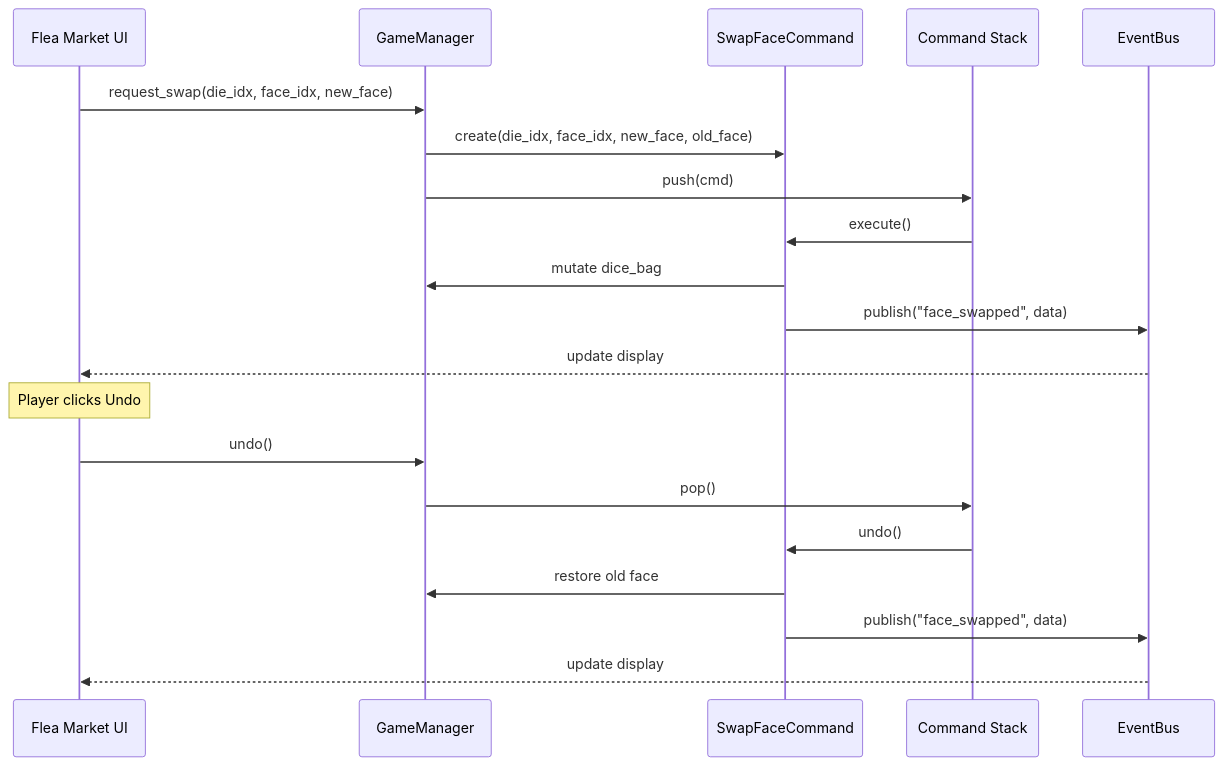
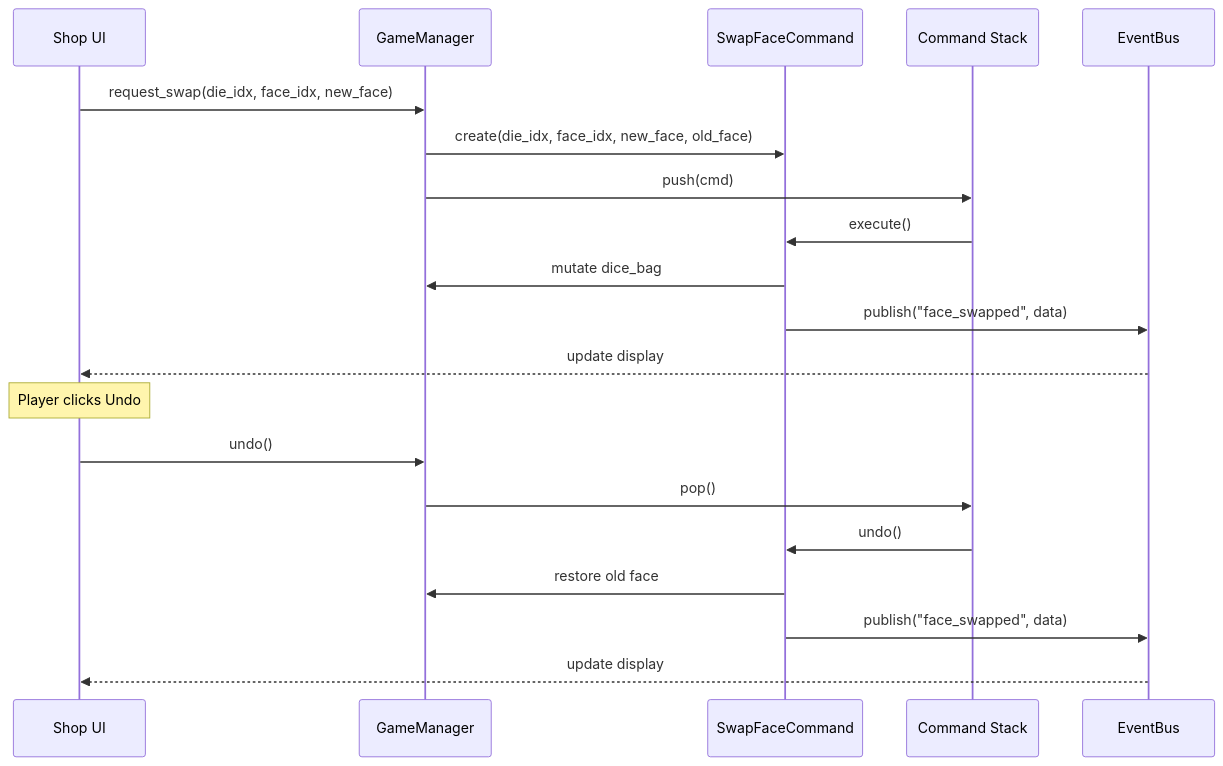
One commit to artem3605/probabimals changed the second of 3 diagrams in docs/big_project_architecture.md. Above: the diagram before and after it, drawn with Mermaid. The commit also changed other lines of this file and 31 other files, not shown here.

Commit message:
Rename flea market to shop

````diff
--- a/docs/big_project_architecture.md
+++ b/docs/big_project_architecture.md
@@ -130,24 +130,24 @@
 ```mermaid
 sequenceDiagram
-    participant UI as Flea Market UI
+    participant UI as Shop UI
     participant GM as GameManager
     participant Cmd as SwapFaceCommand
     participant Stack as Command Stack
     participant EB as EventBus
 
     UI->>GM: request_swap(die_idx, face_idx, new_face)
     GM->>Cmd: create(die_idx, face_idx, new_face, old_face)
     GM->>Stack: push(cmd)
     Stack->>Cmd: execute()
     Cmd->>GM: mutate dice_bag
     Cmd->>EB: publish("face_swapped", data)
     EB-->>UI: update display
 
     Note over UI: Player clicks Undo
     UI->>GM: undo()
     GM->>Stack: pop()
     Stack->>Cmd: undo()
     Cmd->>GM: restore old face
     Cmd->>EB: publish("face_swapped", data)
     EB-->>UI: update display
 ```
````
